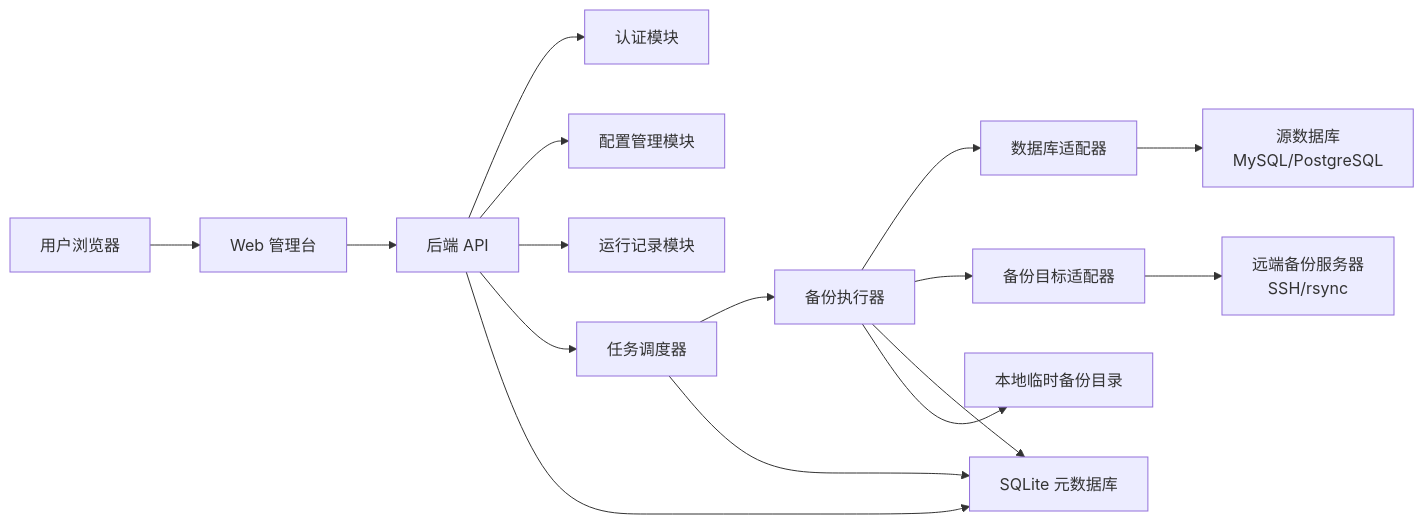
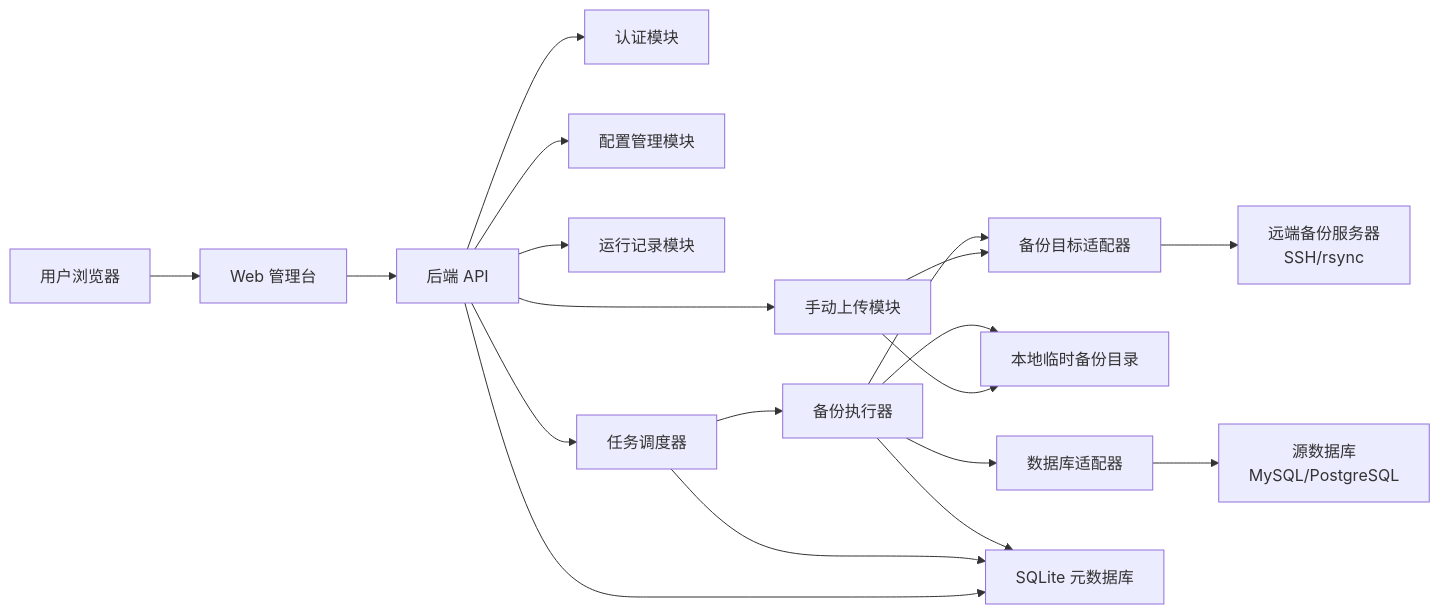
One commit to xuxzh/database-backup-manager changed the first of 5 diagrams in docs/02-architecture/数据库备份管理台架构设计.md. Above: the diagram before and after it, drawn with Mermaid. The commit also changed other lines of this file and 32 other files, not shown here.

````diff
--- a/docs/02-architecture/数据库备份管理台架构设计.md
+++ b/docs/02-architecture/数据库备份管理台架构设计.md
@@ -19,18 +19,21 @@
 ```mermaid
 flowchart LR
     User["用户浏览器"] --> Web["Web 管理台"]
     Web --> API["后端 API"]
     API --> Auth["认证模块"]
     API --> Config["配置管理模块"]
     API --> Runs["运行记录模块"]
+    API --> ManualUpload["手动上传模块"]
     API --> Scheduler["任务调度器"]
     Scheduler --> Executor["备份执行器"]
+    ManualUpload --> TargetAdapter
+    ManualUpload --> LocalFS
     Executor --> DBAdapter["数据库适配器"]
     Executor --> TargetAdapter["备份目标适配器"]
     DBAdapter --> SourceDB["源数据库<br/>MySQL/PostgreSQL"]
     TargetAdapter --> BackupServer["远端备份服务器<br/>SSH/rsync"]
     API --> MetaDB["SQLite 元数据库"]
     Scheduler --> MetaDB
     Executor --> MetaDB
     Executor --> LocalFS["本地临时备份目录"]
 ```
````
